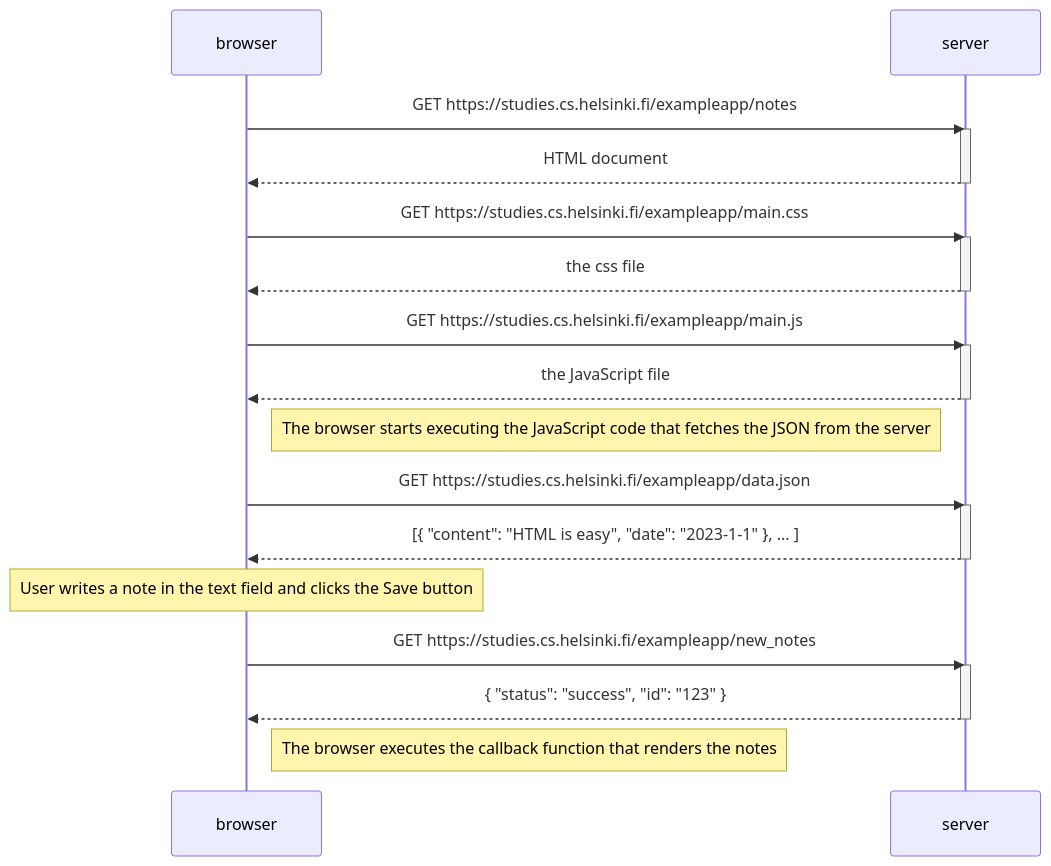
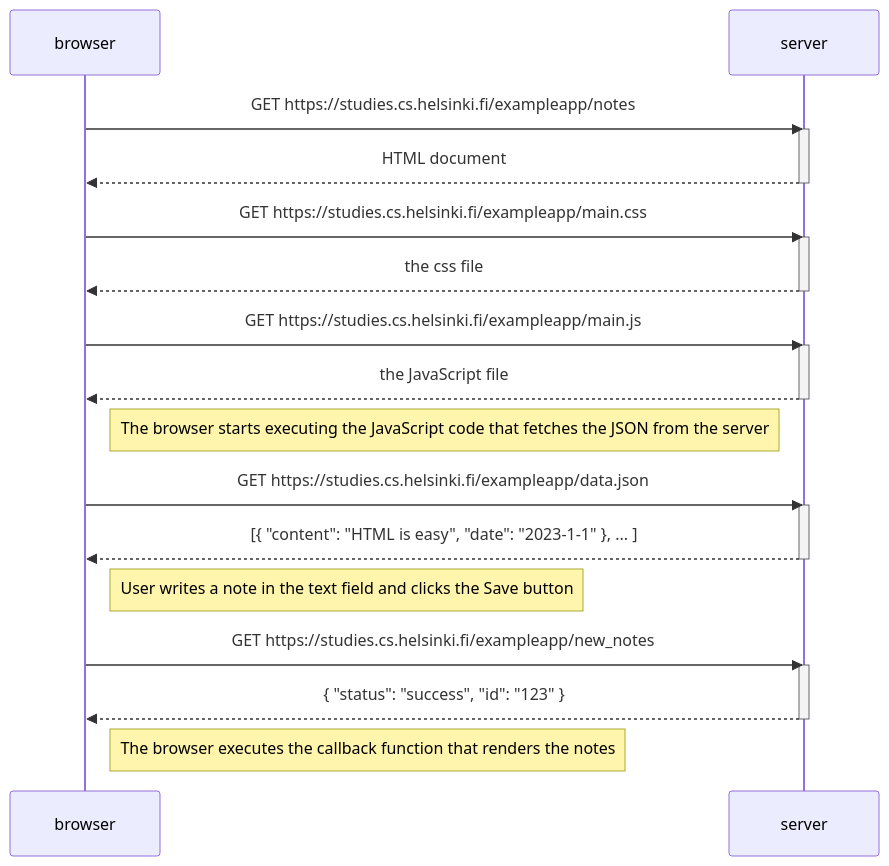
Before and after one commit to martyna32/fullstackopenMartyna-Podg-rska: the diagram in part 0/0.4.md, drawn with Mermaid. The commit also changed 1 other file, not shown here.

````diff
--- a/part 0/0.4.md
+++ b/part 0/0.4.md
@@ -1,37 +1,37 @@
 ```mermaid
 sequenceDiagram
     participant browser
     participant server
 
     browser->>server: GET https://studies.cs.helsinki.fi/exampleapp/notes
     activate server
     server-->>browser: HTML document
     deactivate server
 
     browser->>server: GET https://studies.cs.helsinki.fi/exampleapp/main.css
     activate server
     server-->>browser: the css file
     deactivate server
 
     browser->>server: GET https://studies.cs.helsinki.fi/exampleapp/main.js
     activate server
     server-->>browser: the JavaScript file
     deactivate server
 
     Note right of browser: The browser starts executing the JavaScript code that fetches the JSON from the server
 
     browser->>server: GET https://studies.cs.helsinki.fi/exampleapp/data.json
     activate server
     server-->>browser: [{ "content": "HTML is easy", "date": "2023-1-1" }, ... ]
     deactivate server
 
-    Note over browser: User writes a note in the text field and clicks the Save button
+    Note right of browser: User writes a note in the text field and clicks the Save button
 
     browser->>server: GET https://studies.cs.helsinki.fi/exampleapp/new_notes
     activate server
     server-->>browser: { "status": "success", "id": "123" }
     deactivate server
 
     Note right of browser: The browser executes the callback function that renders the notes
 
 ```
````
